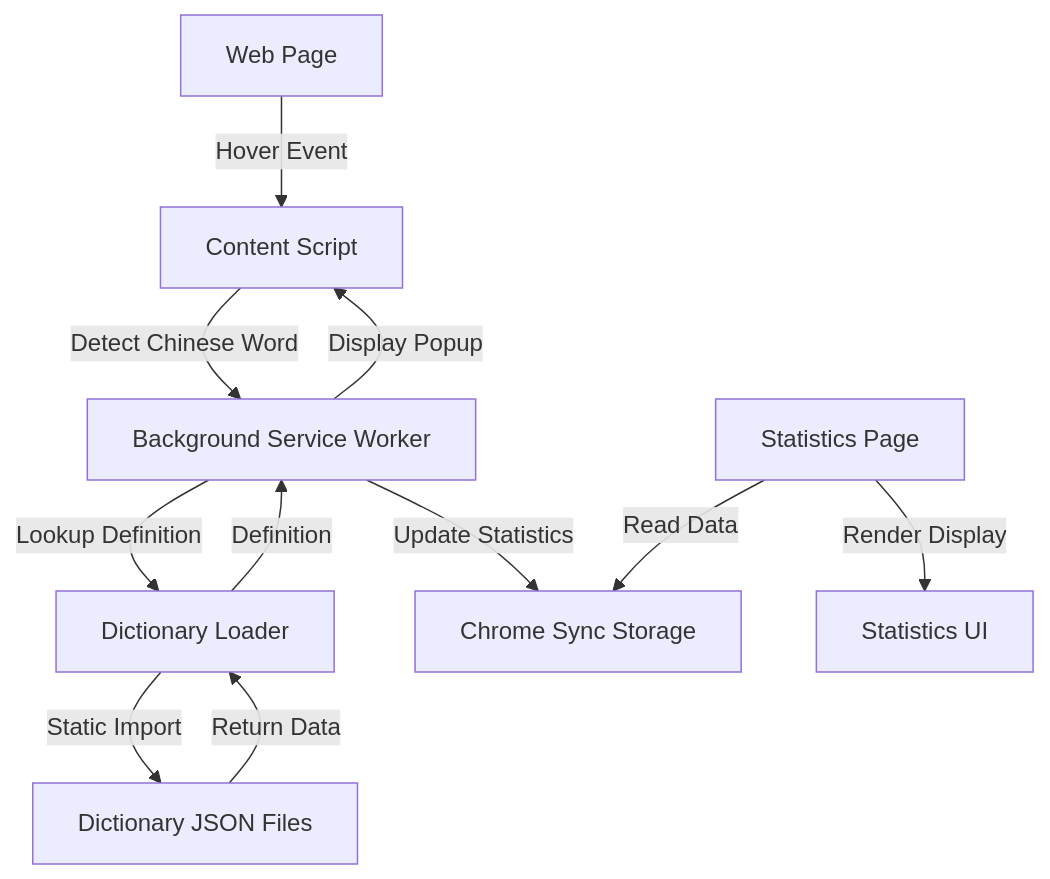
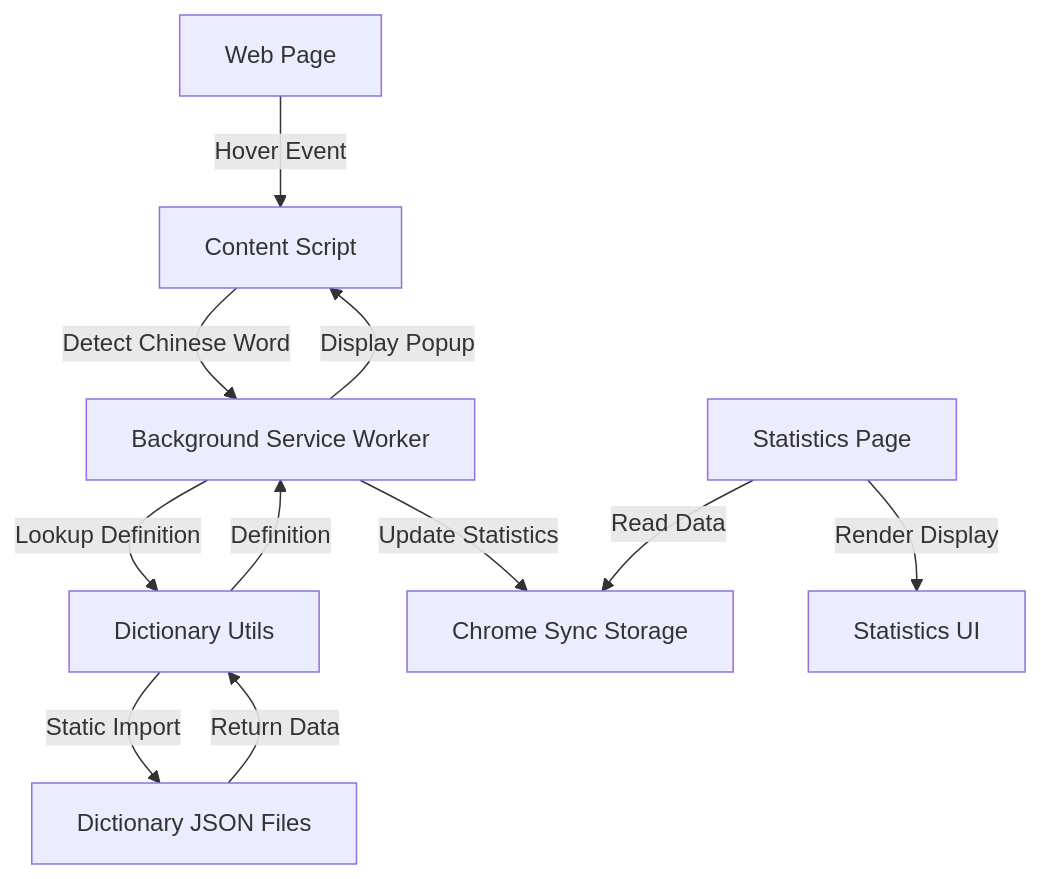
Before and after one commit to VWongDev/canto-toolbox: the diagram in .agents/architecture.md, drawn with Mermaid. The commit also changed other lines of this file, not shown here.

Commit message:
docs(dict): Update architecture docs for dictionary rename

````diff
--- a/.agents/architecture.md
+++ b/.agents/architecture.md
@@ -47,13 +46,13 @@
 ```mermaid
 flowchart TD
     A[Web Page] -->|Hover Event| B[Content Script]
     B -->|Detect Chinese Word| C[Background Service Worker]
-    C -->|Lookup Definition| D[Dictionary Loader]
+    C -->|Lookup Definition| D[Dictionary Utils]
     D -->|Static Import| E[Dictionary JSON Files]
     E -->|Return Data| D
     D -->|Definition| C
     C -->|Display Popup| B
     C -->|Update Statistics| F[Chrome Sync Storage]
     G[Statistics Page] -->|Read Data| F
     G -->|Render Display| H[Statistics UI]
 ```
````
